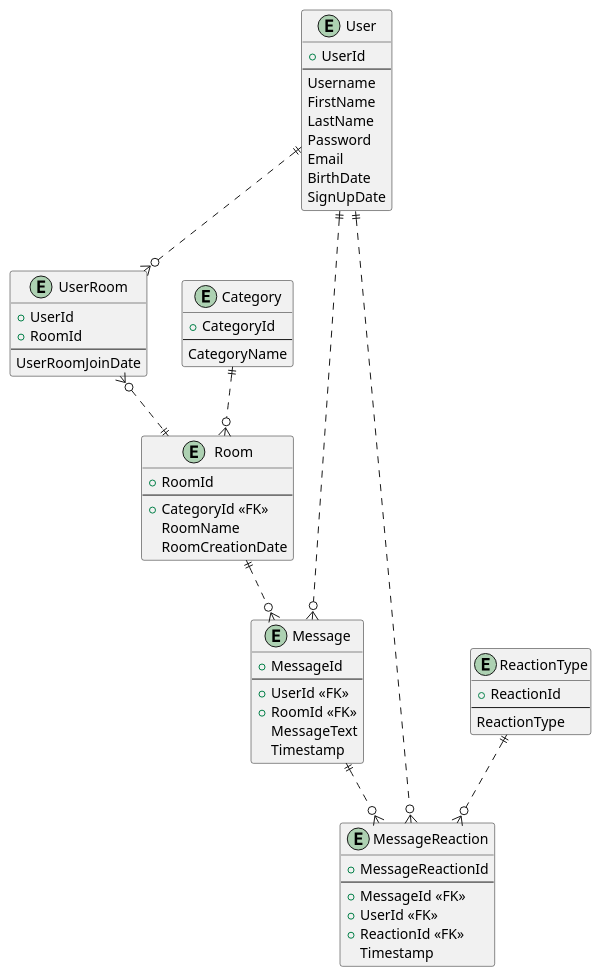
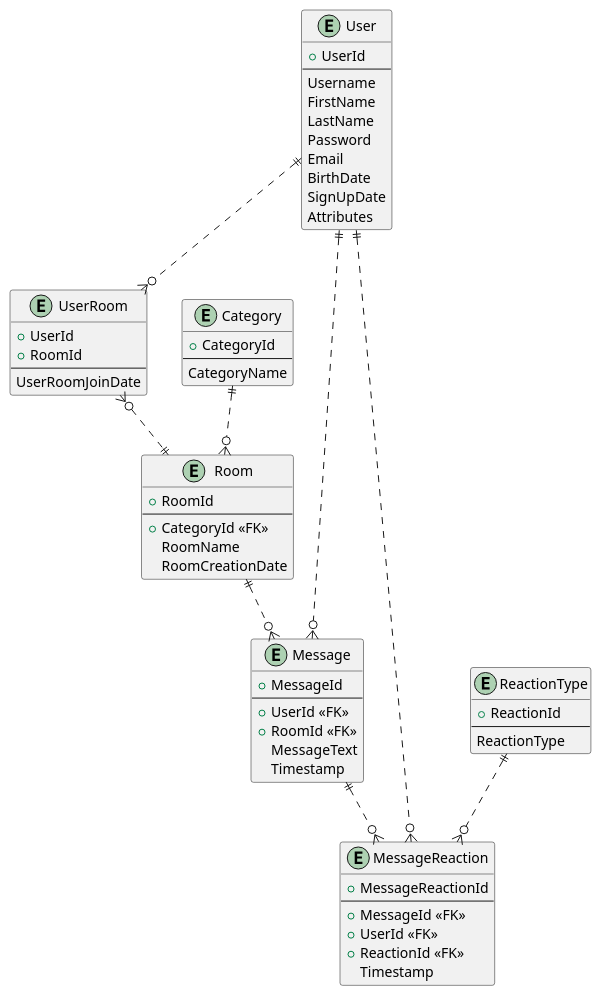
The diagram in er_logical.puml (Liteykin/DBI_Project), drawn with PlantUML before and after one commit. The commit also changed 2 other files, not shown here.

```diff
--- a/er_logical.puml
+++ b/er_logical.puml
@@ -1,68 +1,69 @@
 @startuml "Chatflow"
 entity "User" as user {
   + UserId
   --
   Username
   FirstName
   LastName
   Password
   Email
   BirthDate
   SignUpDate
+  Attributes
 }
 
 entity "Room" as room {
   + RoomId
   --
   + CategoryId <<FK>>
   RoomName
   RoomCreationDate
 }
 
 entity "Category" as category {
   + CategoryId
   --
   CategoryName
 }
 
 entity "UserRoom" as user_room {
   + UserId
   + RoomId
   --
   UserRoomJoinDate
 }
 
 entity "Message" as message {
   + MessageId
   --
   + UserId <<FK>>
   + RoomId <<FK>>
   MessageText
   Timestamp
 }
 
 entity "ReactionType" as reaction {
   + ReactionId
   --
   ReactionType
 }
 
 entity "MessageReaction" as message_reaction {
   + MessageReactionId
   --
   + MessageId <<FK>>
   + UserId <<FK>>
   + ReactionId <<FK>>
   Timestamp
 }
 
 user ||..o{ user_room
 
 user_room }o..|| room
 room ||..o{ message
 user ||..o{ message
 category ||..o{ room
 message ||..o{ message_reaction
 user ||..o{ message_reaction
 reaction ||..o{ message_reaction
 @enduml
```
